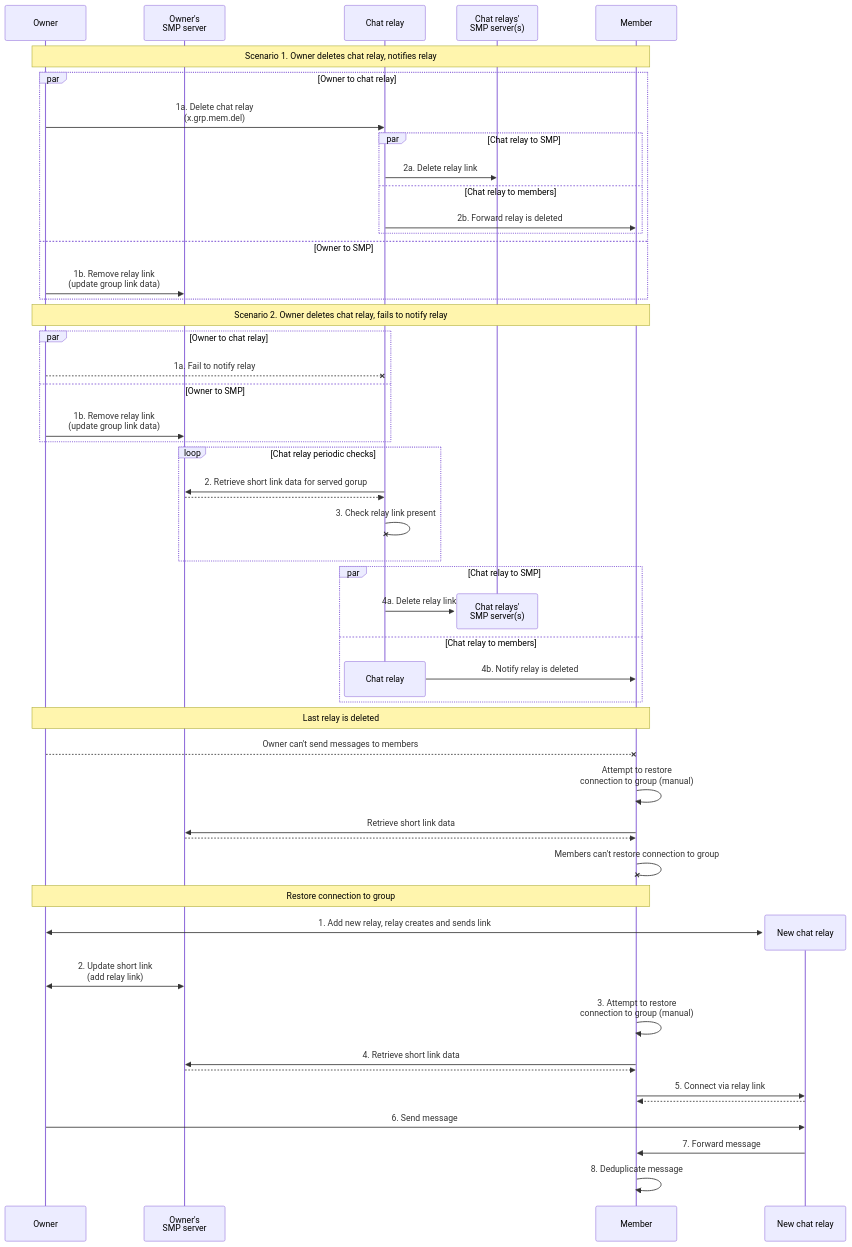
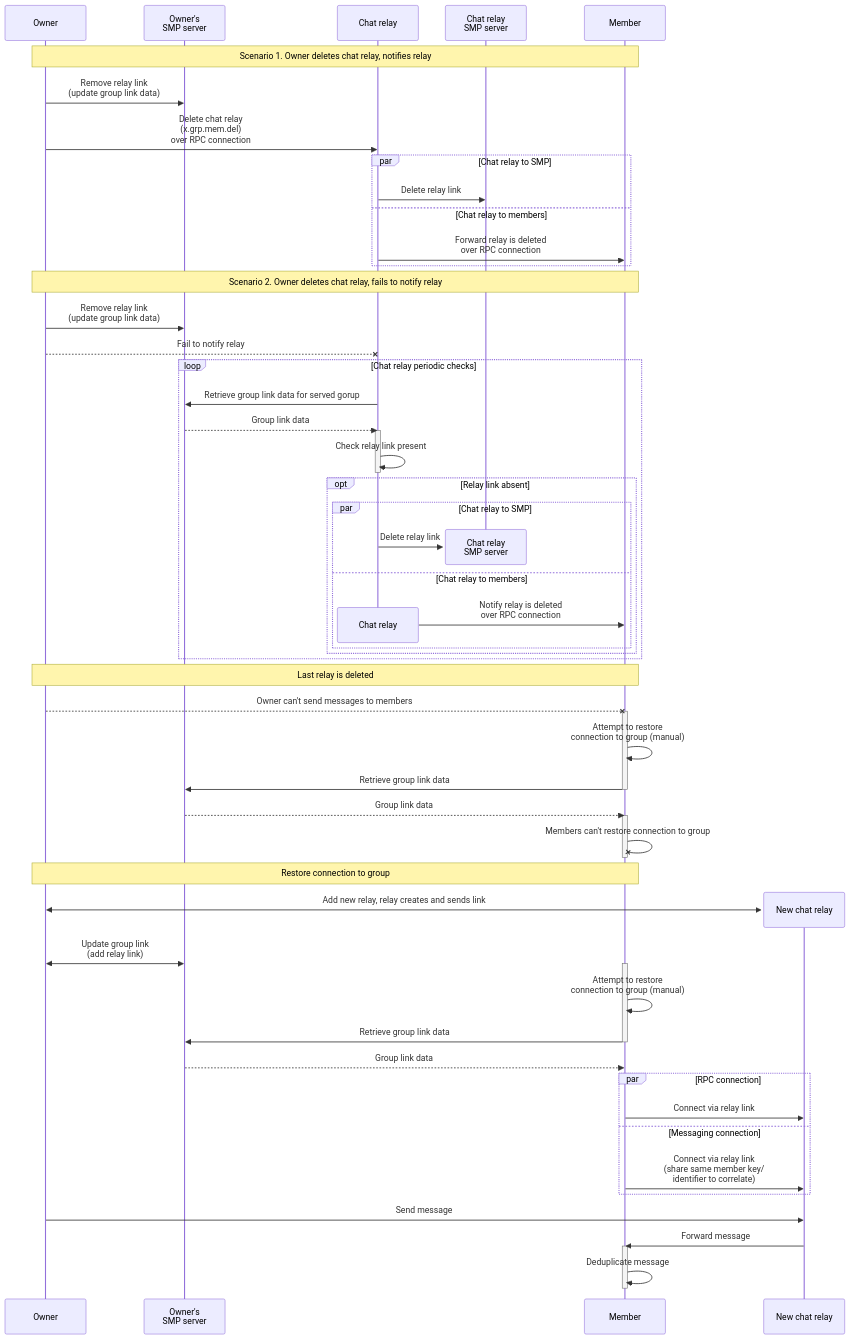
The second of 2 diagrams in docs/rfcs/2025-10-20-chat-relays.md (simplex-chat/simplex-chat), drawn with Mermaid before and after one commit. The commit also changed other lines of this file, not shown here.

````diff
--- a/docs/rfcs/2025-10-20-chat-relays.md
+++ b/docs/rfcs/2025-10-20-chat-relays.md
@@ -244,63 +124,72 @@
 ```mermaid
 sequenceDiagram
     participant O as Owner
     participant OSMP as Owner's<br>SMP server
     participant R as Chat relay
-    participant RSMP as Chat relays'<br>SMP server(s)
+    participant RSMP as Chat relay<br>SMP server
     participant M as Member
 
 note over O, M: Scenario 1. Owner deletes chat relay, notifies relay
 
-par Owner to chat relay
-    O ->> R: 1a. Delete chat relay<br>(x.grp.mem.del)
-    par Chat relay to SMP
-        R ->> RSMP: 2a. Delete relay link
-    and Chat relay to members
-        R ->> M: 2b. Forward relay is deleted
-    end
-and Owner to SMP
-    O ->> OSMP: 1b. Remove relay link<br>(update group link data)
+O ->> OSMP: Remove relay link<br>(update group link data)
+O ->> R: Delete chat relay<br>(x.grp.mem.del)<br>over RPC connection
+par Chat relay to SMP
+    R ->> RSMP: Delete relay link
+and Chat relay to members
+    R ->> M: Forward relay is deleted<br>over RPC connection
 end
 
 note over O, M: Scenario 2. Owner deletes chat relay, fails to notify relay
 
-par Owner to chat relay
-    O --x R: 1a. Fail to notify relay
-and Owner to SMP
-    O ->> OSMP: 1b. Remove relay link<br>(update group link data)
-end
+O ->> OSMP: Remove relay link<br>(update group link data)
+O --x R: Fail to notify relay
 loop Chat relay periodic checks
-    R ->> OSMP: 2. Retrieve short link data for served gorup
-    OSMP -->> R:
-    R -x R: 3. Check relay link present
-end
-par Chat relay to SMP
-    destroy RSMP
-    R ->> RSMP: 4a. Delete relay link 
-and Chat relay to members
-    destroy R
-    R ->> M: 4b. Notify relay is deleted
+    R ->> OSMP: Retrieve group link data for served gorup
+    OSMP -->> R: Group link data
+    activate R
+    R ->> R: Check relay link present
+    deactivate R
+    opt Relay link absent
+        par Chat relay to SMP
+            destroy RSMP
+            R ->> RSMP: Delete relay link 
+        and Chat relay to members
+            destroy R
+            R ->> M: Notify relay is deleted<br>over RPC connection
+        end
+    end
 end
 
 note over O, M: Last relay is deleted
 
 O --x M: Owner can't send messages to members
+activate M
 M ->> M: Attempt to restore<br>connection to group (manual)
-M ->> OSMP: Retrieve short link data
-OSMP -->> M:
+M ->> OSMP: Retrieve group link data
+deactivate M
+OSMP -->> M: Group link data
+activate M
 M -x M: Members can't restore connection to group
+deactivate M
 
 note over O, M: Restore connection to group
 
 create participant NR as New chat relay
-O <<->> NR: 1. Add new relay, relay creates and sends link
-O <<->> OSMP: 2. Update short link<br>(add relay link)
-M ->> M: 3. Attempt to restore<br>connection to group (manual)
-M ->> OSMP: 4. Retrieve short link data
-OSMP -->> M:
-M ->> NR: 5. Connect via relay link
-NR -->> M:
-O ->> NR: 6. Send message
-NR ->> M: 7. Forward message
-M ->> M: 8. Deduplicate message
+O <<->> NR: Add new relay, relay creates and sends link
+O <<->> OSMP: Update group link<br>(add relay link)
+activate M
+M ->> M: Attempt to restore<br>connection to group (manual)
+M ->> OSMP: Retrieve group link data
+deactivate M
+OSMP -->> M: Group link data
+par RPC connection
+    M ->> NR: Connect via relay link
+and Messaging connection
+    M ->> NR: Connect via relay link<br>(share same member key/<br>identifier to correlate)
+end
+O ->> NR: Send message
+NR ->> M: Forward message
+activate M
+M ->> M: Deduplicate message
+deactivate M
 ```
````
